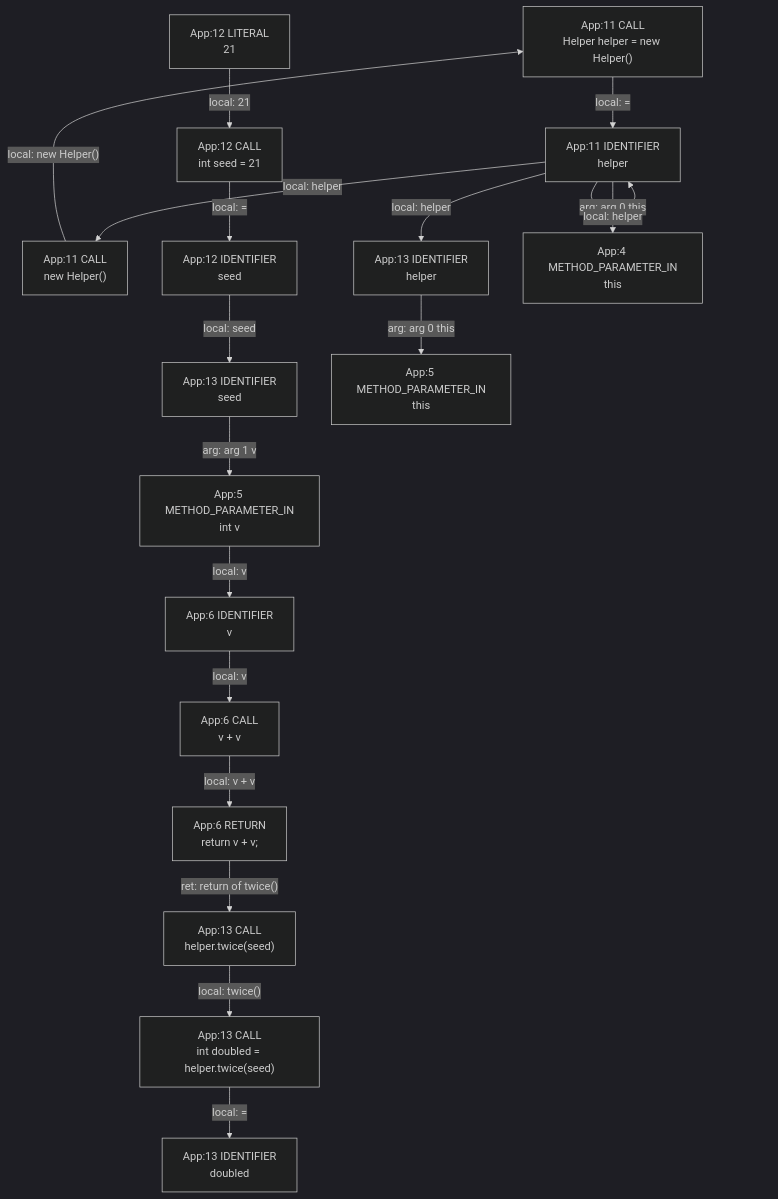
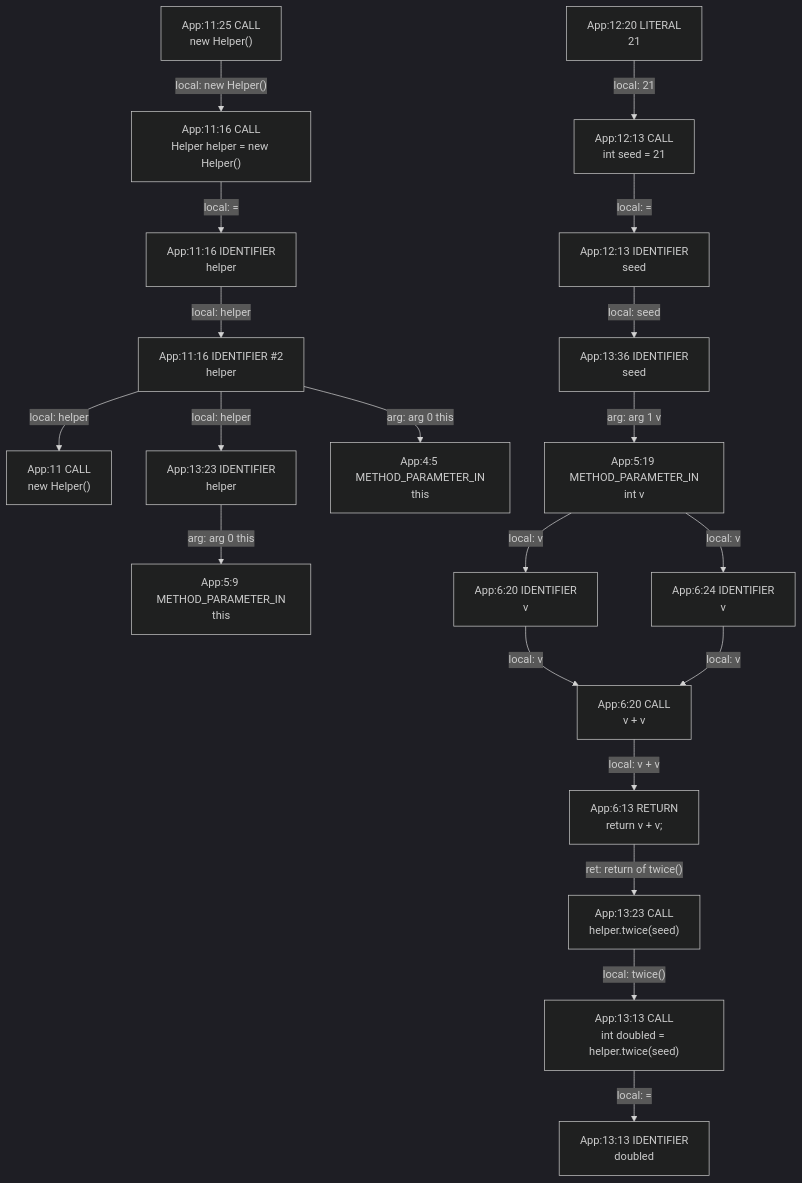
Before and after one commit to gstiebler/codeflow: the diagram in app/src/test/resources/nestedClass/spike-truth.md, drawn with Mermaid (dark theme). The commit also changed 154 other files, not shown here.

````diff
--- a/app/src/test/resources/nestedClass/spike-truth.md
+++ b/app/src/test/resources/nestedClass/spike-truth.md
@@ -3,37 +3,42 @@
 ```mermaid
 flowchart TD
-  n0["App:11 CALL<br/>Helper helper = new Helper()"]
-  n1["App:11 CALL<br/>new Helper()"]
-  n2["App:11 IDENTIFIER<br/>helper"]
-  n3["App:12 CALL<br/>int seed = 21"]
-  n4["App:12 IDENTIFIER<br/>seed"]
-  n5["App:12 LITERAL<br/>21"]
-  n6["App:13 CALL<br/>helper.twice(seed)"]
-  n7["App:13 CALL<br/>int doubled = helper.twice(seed)"]
-  n8["App:13 IDENTIFIER<br/>doubled"]
-  n9["App:13 IDENTIFIER<br/>helper"]
-  n10["App:13 IDENTIFIER<br/>seed"]
-  n11["App:4 METHOD_PARAMETER_IN<br/>this"]
-  n12["App:5 METHOD_PARAMETER_IN<br/>int v"]
-  n13["App:5 METHOD_PARAMETER_IN<br/>this"]
-  n14["App:6 CALL<br/>v + v"]
-  n15["App:6 IDENTIFIER<br/>v"]
-  n16["App:6 RETURN<br/>return v + v;"]
-  n0 -->|"local: ="| n2
-  n1 -->|"local: new Helper()"| n0
-  n10 -->|"arg: arg 1 v"| n12
-  n12 -->|"local: v"| n15
-  n14 -->|"local: v + v"| n16
-  n15 -->|"local: v"| n14
-  n16 -->|"ret: return of twice()"| n6
-  n2 -->|"arg: arg 0 this"| n11
-  n2 -->|"local: helper"| n1
-  n2 -->|"local: helper"| n2
-  n2 -->|"local: helper"| n9
-  n3 -->|"local: ="| n4
-  n4 -->|"local: seed"| n10
-  n5 -->|"local: 21"| n3
-  n6 -->|"local: twice()"| n7
-  n7 -->|"local: ="| n8
-  n9 -->|"arg: arg 0 this"| n13
+  n0["App:11 CALL<br/>new Helper()"]
+  n1["App:11:16 CALL<br/>Helper helper = new Helper()"]
+  n2["App:11:16 IDENTIFIER #2<br/>helper"]
+  n3["App:11:16 IDENTIFIER<br/>helper"]
+  n4["App:11:25 CALL<br/>new Helper()"]
+  n5["App:12:13 CALL<br/>int seed = 21"]
+  n6["App:12:13 IDENTIFIER<br/>seed"]
+  n7["App:12:20 LITERAL<br/>21"]
+  n8["App:13:13 CALL<br/>int doubled = helper.twice(seed)"]
+  n9["App:13:13 IDENTIFIER<br/>doubled"]
+  n10["App:13:23 CALL<br/>helper.twice(seed)"]
+  n11["App:13:23 IDENTIFIER<br/>helper"]
+  n12["App:13:36 IDENTIFIER<br/>seed"]
+  n13["App:4:5 METHOD_PARAMETER_IN<br/>this"]
+  n14["App:5:19 METHOD_PARAMETER_IN<br/>int v"]
+  n15["App:5:9 METHOD_PARAMETER_IN<br/>this"]
+  n16["App:6:13 RETURN<br/>return v + v;"]
+  n17["App:6:20 CALL<br/>v + v"]
+  n18["App:6:20 IDENTIFIER<br/>v"]
+  n19["App:6:24 IDENTIFIER<br/>v"]
+  n1 -->|"local: ="| n3
+  n10 -->|"local: twice()"| n8
+  n11 -->|"arg: arg 0 this"| n15
+  n12 -->|"arg: arg 1 v"| n14
+  n14 -->|"local: v"| n18
+  n14 -->|"local: v"| n19
+  n16 -->|"ret: return of twice()"| n10
+  n17 -->|"local: v + v"| n16
+  n18 -->|"local: v"| n17
+  n19 -->|"local: v"| n17
+  n2 -->|"arg: arg 0 this"| n13
+  n2 -->|"local: helper"| n0
+  n2 -->|"local: helper"| n11
+  n3 -->|"local: helper"| n2
+  n4 -->|"local: new Helper()"| n1
+  n5 -->|"local: ="| n6
+  n6 -->|"local: seed"| n12
+  n7 -->|"local: 21"| n5
+  n8 -->|"local: ="| n9
 ```
````
